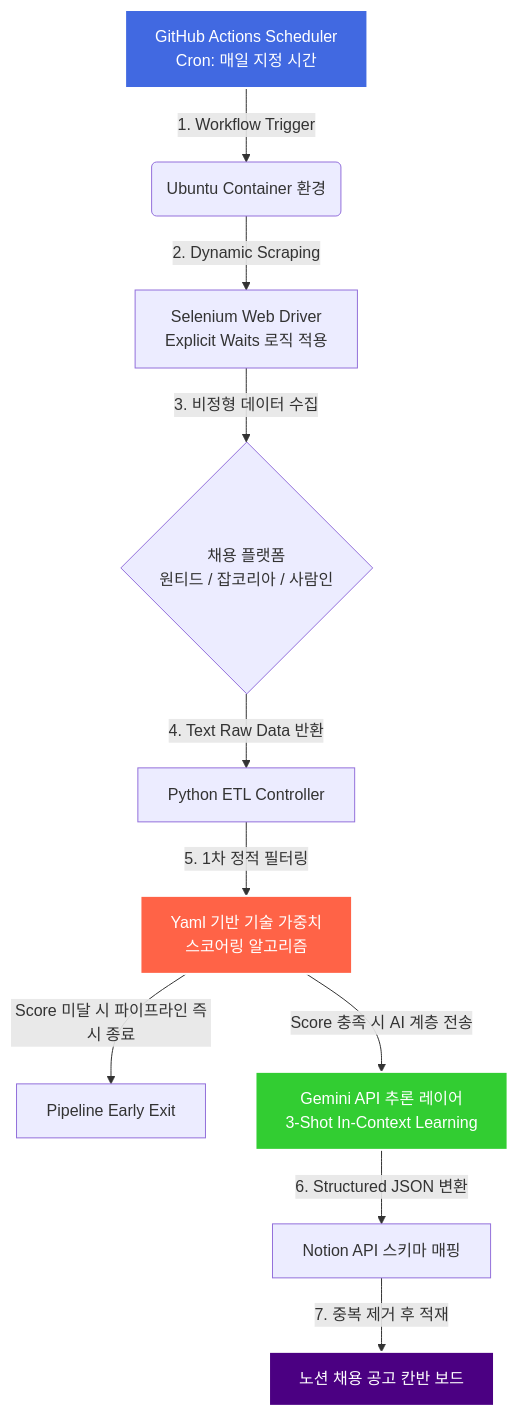
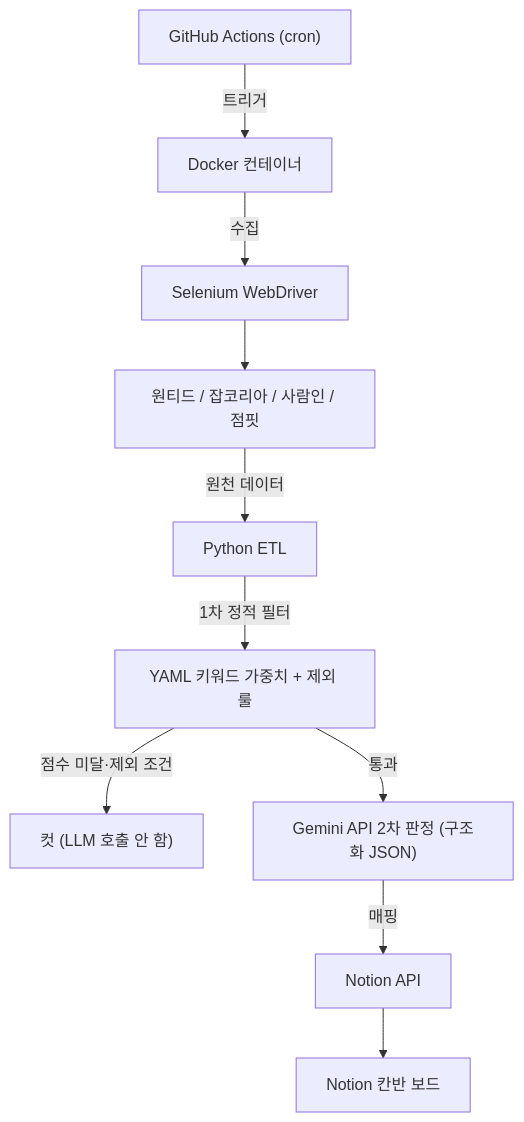
One commit to hoyonzz/web-crawler changed the diagram in README.md. Above: the diagram before and after it, drawn with Mermaid. The commit also changed other lines of this file, not shown here.

````diff
--- a/README.md
+++ b/README.md
@@ -27,25 +40,12 @@
 ```mermaid
 graph TD
-    %% Trigger Layer
-    A["GitHub Actions Scheduler <br> Cron: 매일 지정 시간"] -->|1. Workflow Trigger| B("Ubuntu Container 환경")
-
-    %% Extract Layer
-    B -->|2. Dynamic Scraping| C["Selenium Web Driver <br> Explicit Waits 로직 적용"]
-    C -->|3. 비정형 데이터 수집| D{"채용 플랫폼 <br> 원티드 / 잡코리아 / 사람인"}
-
-    %% Transform & Filter Layer
-    D -->|4. Text Raw Data 반환| E["Python ETL Controller"]
-    E -->|5. 1차 정적 필터링| F["Yaml 기반 기술 가중치 <br> 스코어링 알고리즘"]
-    F -->|Score 미달 시 파이프라인 즉시 종료| X["Pipeline Early Exit"]
-    F -->|Score 충족 시 AI 계층 전송| G["Gemini API 추론 레이어 <br> 3-Shot In-Context Learning"]
-
-    %% Load Layer
-    G -->|6. Structured JSON 변환| H["Notion API 스키마 매핑"]
-    H -->|7. 중복 제거 후 적재| I["노션 채용 공고 칸반 보드"]
-
-    %% Styling
-    style A fill:#4169E1,stroke:#fff,stroke-width:2px,color:#fff
-    style F fill:#FF6347,stroke:#fff,stroke-width:2px,color:#fff
-    style G fill:#32CD32,stroke:#fff,stroke-width:2px,color:#fff
-    style I fill:#4B0082,stroke:#fff,stroke-width:2px,color:#fff
+    A["GitHub Actions (cron)"] -->|트리거| B["Docker 컨테이너"]
+    B -->|수집| C["Selenium WebDriver"]
+    C --> D["원티드 / 잡코리아 / 사람인 / 점핏"]
+    D -->|원천 데이터| E["Python ETL"]
+    E -->|1차 정적 필터| F["YAML 키워드 가중치 + 제외 룰"]
+    F -->|점수 미달·제외 조건| X["컷 (LLM 호출 안 함)"]
+    F -->|통과| G["Gemini API 2차 판정 (구조화 JSON)"]
+    G -->|매핑| H["Notion API"]
+    H --> I["Notion 칸반 보드"]
 ```
````
